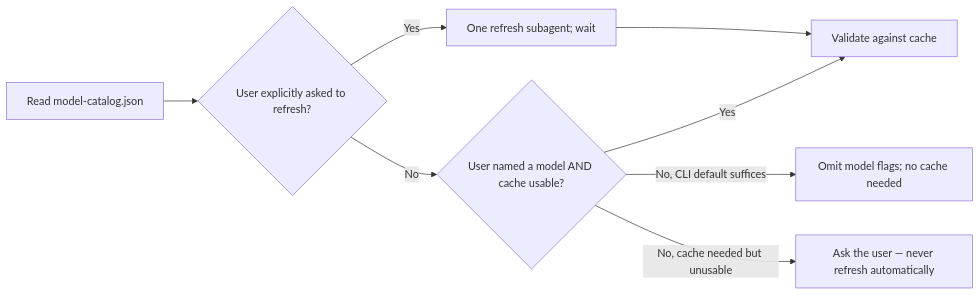
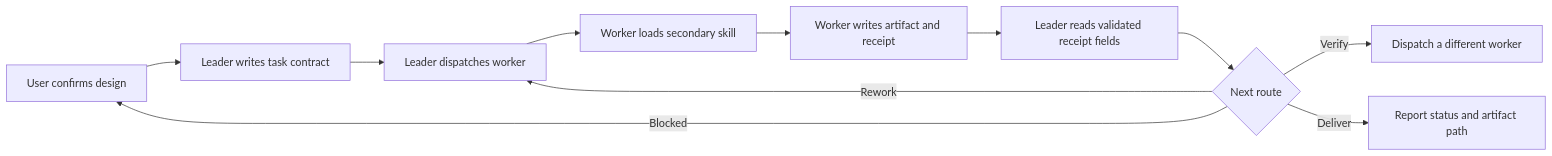
Before and after one commit to Realtyxxx/tmux-agent-teams: the diagram in skills/tmux-agent-teams/SKILL.md, drawn with Mermaid. The commit also changed other lines of this file and 7 other files, not shown here.

First line of the commit message:
feat(skills): separate leader and worker roles

````diff
--- a/skills/tmux-agent-teams/SKILL.md
+++ b/skills/tmux-agent-teams/SKILL.md
@@ -70,10 +145,13 @@
 ```mermaid
 flowchart LR
-    A[Read model-catalog.json] --> B{User explicitly asked to refresh?}
-    B -->|Yes| C[One refresh subagent; wait]
-    B -->|No| D{User named a model AND cache usable?}
-    D -->|Yes| F[Validate against cache]
-    D -->|No, CLI default suffices| E[Omit model flags; no cache needed]
-    D -->|No, cache needed but unusable| G[Ask the user — never refresh automatically]
-    C --> F
+    U[User confirms design] --> L[Leader writes task contract]
+    L --> D[Leader dispatches worker]
+    D --> W[Worker loads secondary skill]
+    W --> A[Worker writes artifact and receipt]
+    A --> R[Leader reads validated receipt fields]
+    R --> Q{Next route}
+    Q -->|Verify| V[Dispatch a different worker]
+    Q -->|Rework| D
+    Q -->|Blocked| U
+    Q -->|Deliver| F[Report status and artifact path]
 ```
````
